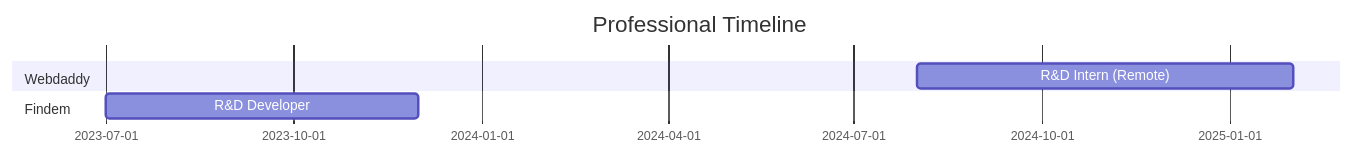
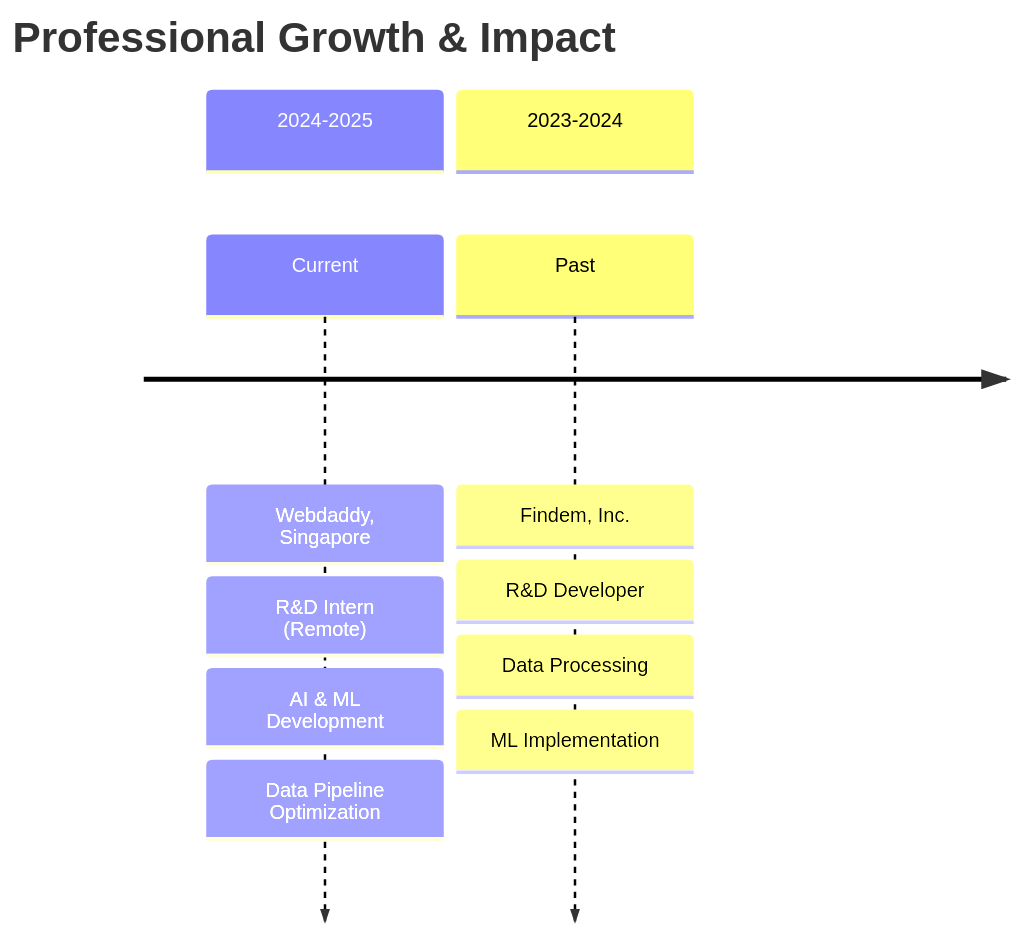
One commit to saisrinivas194/saisrinivas194 changed the fifth of 15 diagrams in README.md. Above: the diagram before and after it, drawn with Mermaid. The commit also changed other lines of this file, not shown here.

````diff
--- a/README.md
+++ b/README.md
@@ -167,9 +167,14 @@
 ```mermaid
-gantt
-    title Professional Timeline
-    dateFormat  YYYY-MM
-    section Webdaddy
-    R&D Intern (Remote)      :2024-08, 2025-02
-    section Findem
-    R&D Developer           :2023-07, 2023-12
+timeline
+    title Professional Growth & Impact
+    section 2024-2025
+        Current : Webdaddy, Singapore
+                : R&D Intern (Remote)
+                : AI & ML Development
+                : Data Pipeline Optimization
+    section 2023-2024
+        Past : Findem, Inc.
+             : R&D Developer
+             : Data Processing
+             : ML Implementation
 ```
````
